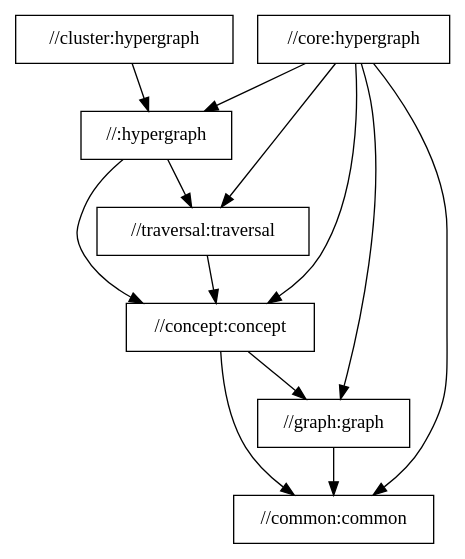
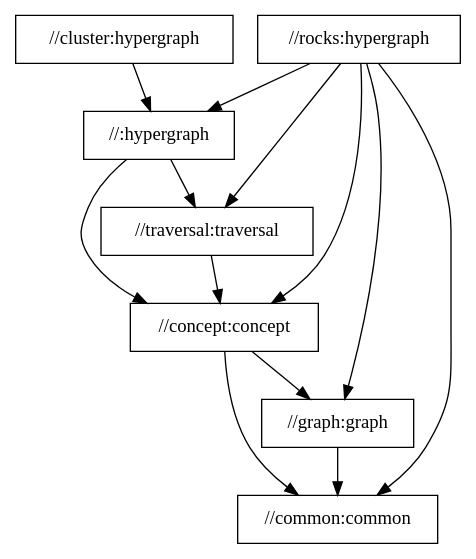
One commit to typedb/typedb changed the diagram in diagrams/package-structure.dot. Above: the diagram before and after it, drawn with Graphviz. The commit also changed 16 other files, not shown here.

Commit message:
Rename //core to //rocks

```diff
--- a/diagrams/package-structure.dot
+++ b/diagrams/package-structure.dot
@@ -1,22 +1,22 @@
 digraph mygraph {
     node [shape = box];
     "//cluster:hypergraph"
     "//cluster:hypergraph" -> "//:hypergraph"
-    "//core:hypergraph"
-    "//core:hypergraph" -> "//:hypergraph"
-    "//core:hypergraph" -> "//common:common"
-    "//core:hypergraph" -> "//concept:concept"
-    "//core:hypergraph" -> "//graph:graph"
-    "//core:hypergraph" -> "//traversal:traversal"
+    "//rocks:hypergraph"
+    "//rocks:hypergraph" -> "//:hypergraph"
+    "//rocks:hypergraph" -> "//common:common"
+    "//rocks:hypergraph" -> "//concept:concept"
+    "//rocks:hypergraph" -> "//graph:graph"
+    "//rocks:hypergraph" -> "//traversal:traversal"
     "//:hypergraph"
     "//:hypergraph" -> "//concept:concept"
     "//:hypergraph" -> "//traversal:traversal"
     "//traversal:traversal"
     "//traversal:traversal" -> "//concept:concept"
     "//concept:concept"
     "//concept:concept" -> "//common:common"
     "//concept:concept" -> "//graph:graph"
     "//graph:graph"
     "//graph:graph" -> "//common:common"
     "//common:common"
 }
```
